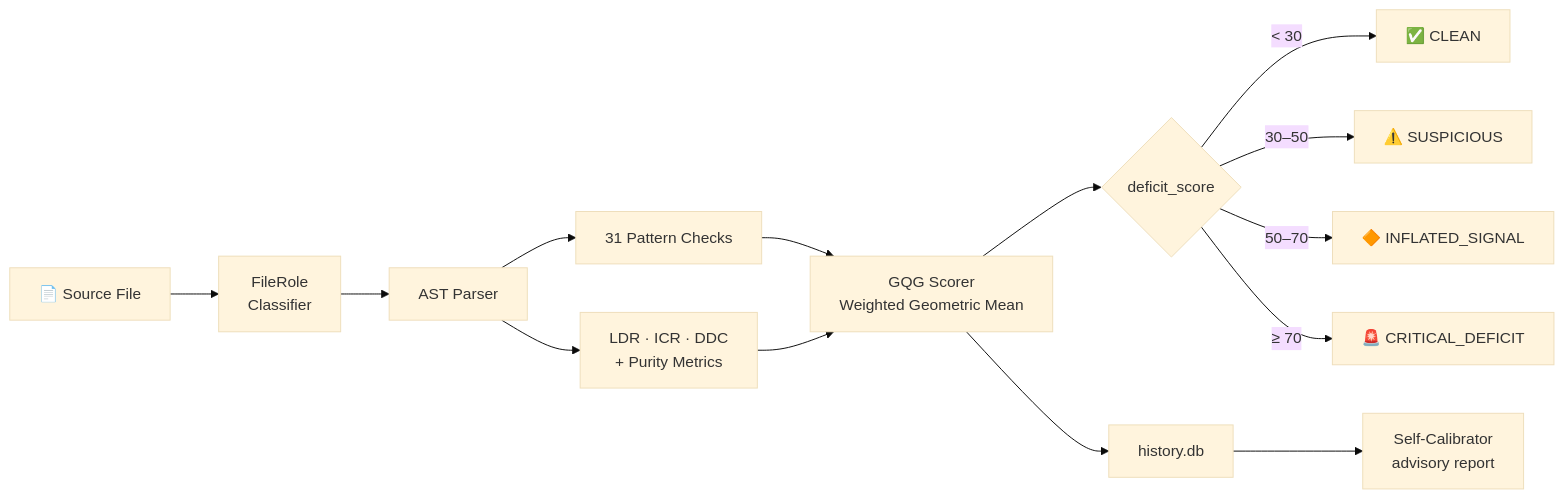
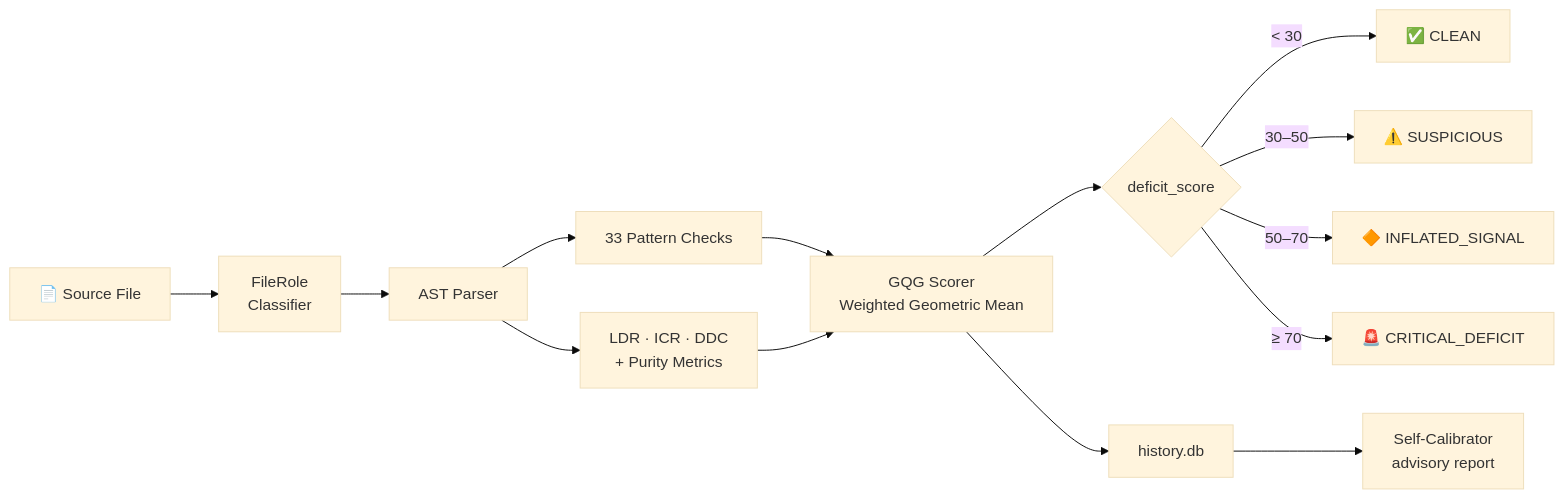
One commit to flamehaven01/AI-SLOP-Detector changed the diagram in README.md. Above: the diagram before and after it, drawn with Mermaid (base theme). The commit also changed other lines of this file and 17 other files, not shown here.

````diff
--- a/README.md
+++ b/README.md
@@ -331,16 +331,16 @@
 ```mermaid
 flowchart LR
     A[📄 Source File] --> R[FileRole\nClassifier]
     R --> B[AST Parser]
-    B --> C[31 Pattern Checks]
+    B --> C[33 Pattern Checks]
     B --> D[LDR · ICR · DDC\n+ Purity Metrics]
     C --> E[GQG Scorer\nWeighted Geometric Mean]
     D --> E
     E --> F{deficit_score}
     F -->|< 30| G[✅ CLEAN]
     F -->|30–50| H[⚠️ SUSPICIOUS]
     F -->|50–70| I[🔶 INFLATED_SIGNAL]
     F -->|≥ 70| J[🚨 CRITICAL_DEFICIT]
     E --> H2[history.db]
     H2 --> K[Self-Calibrator\nadvisory report]
 ```
````
